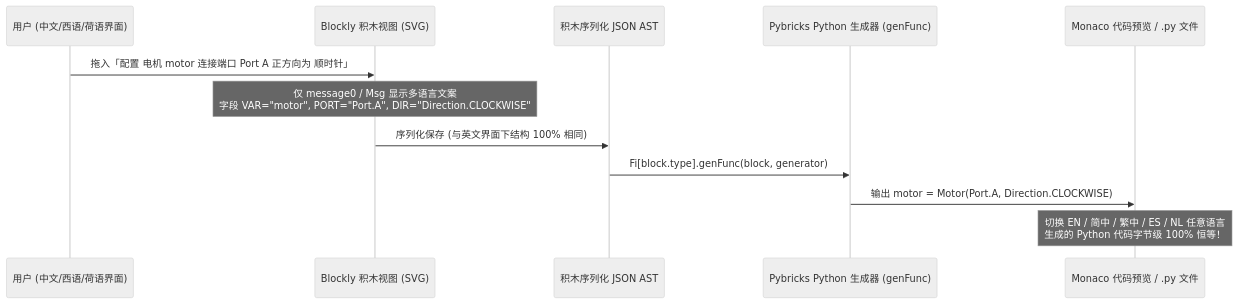
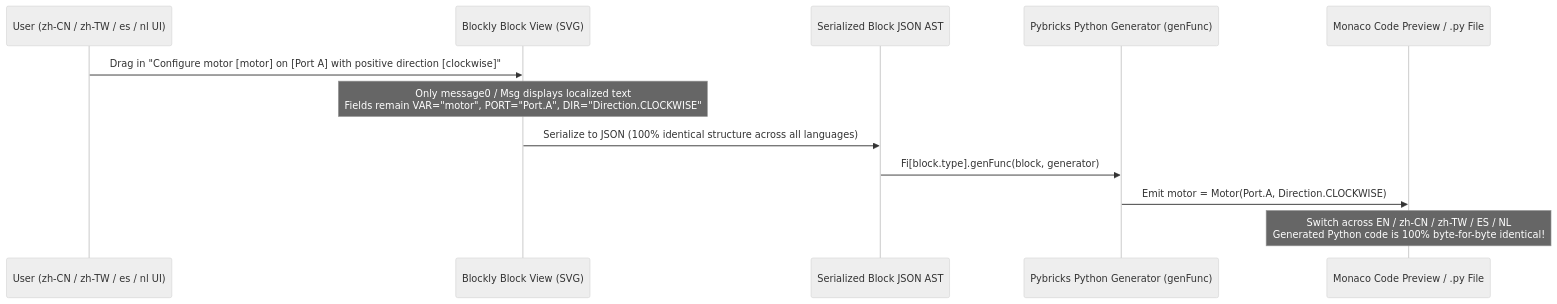
The second of 2 diagrams in DESIGN.md (scatwang/pybricks_i18n), drawn with Mermaid (neutral theme) before and after one commit. The commit also changed other lines of this file and 31 other files, not shown here.

````diff
--- a/DESIGN.md
+++ b/DESIGN.md
@@ -105,15 +105,15 @@
 ```mermaid
 sequenceDiagram
-    participant User as 用户 (中文/西语/荷语界面)
-    participant Block as Blockly 积木视图 (SVG)
-    participant AST as 积木序列化 JSON AST
-    participant Gen as Pybricks Python 生成器 (genFunc)
-    participant Editor as Monaco 代码预览 / .py 文件
+    participant User as User (zh-CN / zh-TW / es / nl UI)
+    participant Block as Blockly Block View (SVG)
+    participant AST as Serialized Block JSON AST
+    participant Gen as Pybricks Python Generator (genFunc)
+    participant Editor as Monaco Code Preview / .py File
 
-    User->>Block: 拖入「配置 电机 motor 连接端口 Port A 正方向为 顺时针」
-    Note over Block: 仅 message0 / Msg 显示多语言文案<br/>字段 VAR="motor", PORT="Port.A", DIR="Direction.CLOCKWISE"
-    Block->>AST: 序列化保存 (与英文界面下结构 100% 相同)
+    User->>Block: Drag in "Configure motor [motor] on [Port A] with positive direction [clockwise]"
+    Note over Block: Only message0 / Msg displays localized text<br/>Fields remain VAR="motor", PORT="Port.A", DIR="Direction.CLOCKWISE"
+    Block->>AST: Serialize to JSON (100% identical structure across all languages)
     AST->>Gen: Fi[block.type].genFunc(block, generator)
-    Gen->>Editor: 输出 motor = Motor(Port.A, Direction.CLOCKWISE)
-    Note over Editor: 切换 EN / 简中 / 繁中 / ES / NL 任意语言<br/>生成的 Python 代码字节级 100% 恒等！
+    Gen->>Editor: Emit motor = Motor(Port.A, Direction.CLOCKWISE)
+    Note over Editor: Switch across EN / zh-CN / zh-TW / ES / NL<br/>Generated Python code is 100% byte-for-byte identical!
 ```
````
